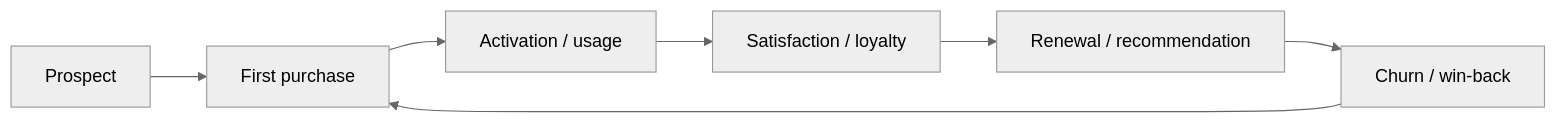
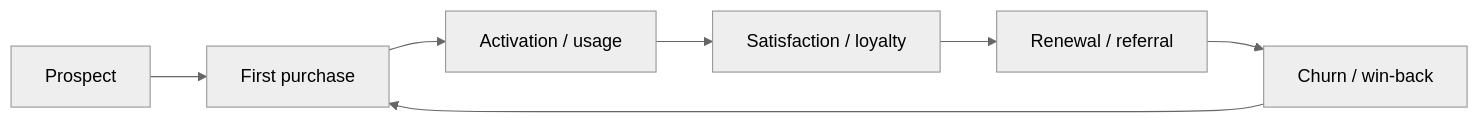
The first of 4 diagrams in content/posts/en/01postsale-customer-success.mdx (AricSu/aricsu.github.io), drawn with Mermaid (neutral theme) before and after one commit. The commit also changed other lines of this file and 9 other files, not shown here.

````diff
--- a/content/posts/en/01postsale-customer-success.mdx
+++ b/content/posts/en/01postsale-customer-success.mdx
@@ -27,9 +27,9 @@
 ```mermaid
 graph LR
 A[Prospect] --> B[First purchase]
 B --> C[Activation / usage]
 C --> D[Satisfaction / loyalty]
-D --> E[Renewal / recommendation]
+D --> E[Renewal / referral]
 E --> F[Churn / win-back]
 F --> B
 ```
````
